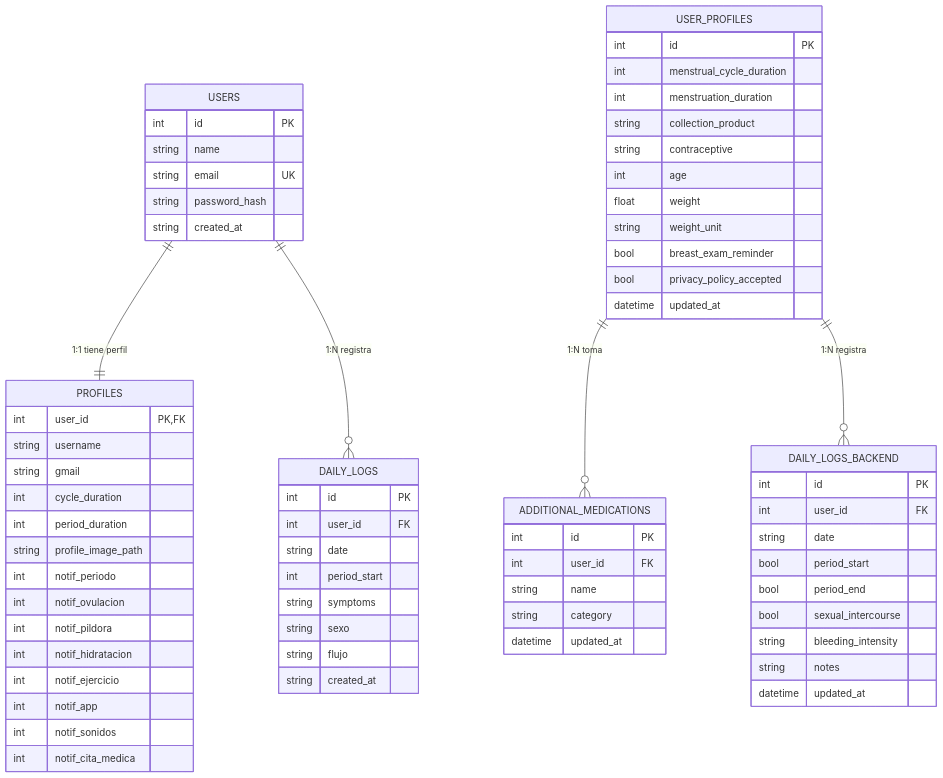
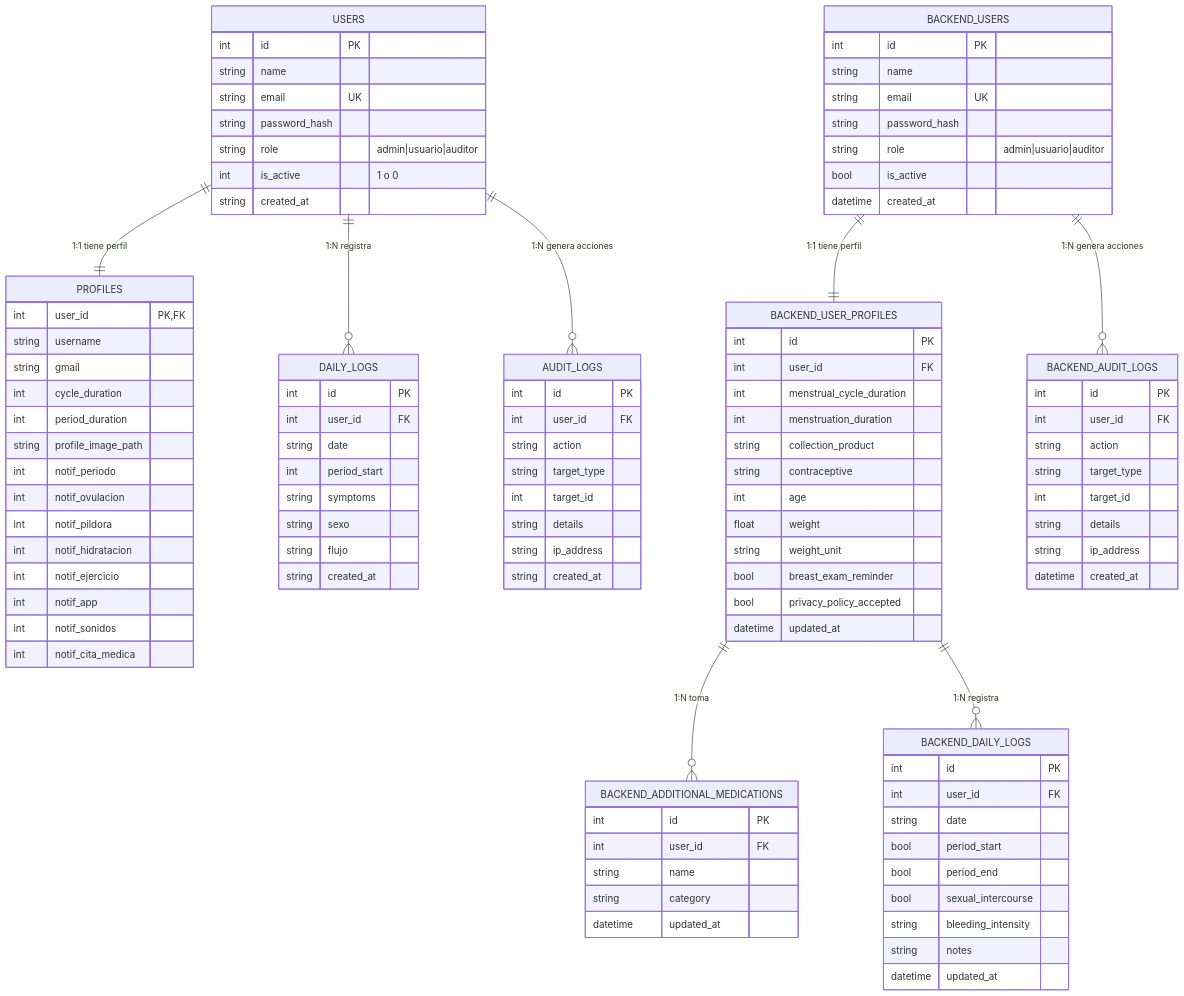
The diagram in diagrama_relacional.mmd (Jossmart28/Bellota-App), drawn with Mermaid before and after one commit. The commit also changed 42 other files, not shown here.

```diff
--- a/diagrama_relacional.mmd
+++ b/diagrama_relacional.mmd
@@ -1,80 +1,118 @@
 erDiagram
     %% Capa Local (SQLite)
     USERS {
         int id PK
         string name
         string email UK
         string password_hash
+        string role "admin|usuario|auditor"
+        int is_active "1 o 0"
         string created_at
     }
 
     PROFILES {
         int user_id PK, FK
         string username
         string gmail
         int cycle_duration
         int period_duration
         string profile_image_path
         int notif_periodo
         int notif_ovulacion
         int notif_pildora
         int notif_hidratacion
         int notif_ejercicio
         int notif_app
         int notif_sonidos
         int notif_cita_medica
     }
 
     DAILY_LOGS {
         int id PK
         int user_id FK
         string date
         int period_start
         string symptoms
         string sexo
         string flujo
         string created_at
     }
+    
+    AUDIT_LOGS {
+        int id PK
+        int user_id FK
+        string action
+        string target_type
+        int target_id
+        string details
+        string ip_address
+        string created_at
+    }
 
     %% Capa Backend (FastAPI)
-    USER_PROFILES {
+    BACKEND_USERS {
         int id PK
+        string name
+        string email UK
+        string password_hash
+        string role "admin|usuario|auditor"
+        bool is_active
+        datetime created_at
+    }
+
+    BACKEND_USER_PROFILES {
+        int id PK
+        int user_id FK
         int menstrual_cycle_duration
         int menstruation_duration
         string collection_product
         string contraceptive
         int age
         float weight
         string weight_unit
         bool breast_exam_reminder
         bool privacy_policy_accepted
         datetime updated_at
     }
 
-    ADDITIONAL_MEDICATIONS {
+    BACKEND_ADDITIONAL_MEDICATIONS {
         int id PK
         int user_id FK
         string name
         string category
         datetime updated_at
     }
 
-    DAILY_LOGS_BACKEND {
+    BACKEND_DAILY_LOGS {
         int id PK
         int user_id FK
         string date
         bool period_start
         bool period_end
         bool sexual_intercourse
         string bleeding_intensity
         string notes
         datetime updated_at
     }
+    
+    BACKEND_AUDIT_LOGS {
+        int id PK
+        int user_id FK
+        string action
+        string target_type
+        int target_id
+        string details
+        string ip_address
+        datetime created_at
+    }
 
     %% Relaciones Locales
     USERS ||--|| PROFILES : "1:1 tiene perfil"
     USERS ||--o{ DAILY_LOGS : "1:N registra"
+    USERS ||--o{ AUDIT_LOGS : "1:N genera acciones"
 
     %% Relaciones Backend
-    USER_PROFILES ||--o{ ADDITIONAL_MEDICATIONS : "1:N toma"
-    USER_PROFILES ||--o{ DAILY_LOGS_BACKEND : "1:N registra"
+    BACKEND_USERS ||--|| BACKEND_USER_PROFILES : "1:1 tiene perfil"
+    BACKEND_USERS ||--o{ BACKEND_AUDIT_LOGS : "1:N genera acciones"
+    BACKEND_USER_PROFILES ||--o{ BACKEND_ADDITIONAL_MEDICATIONS : "1:N toma"
+    BACKEND_USER_PROFILES ||--o{ BACKEND_DAILY_LOGS : "1:N registra"
```
